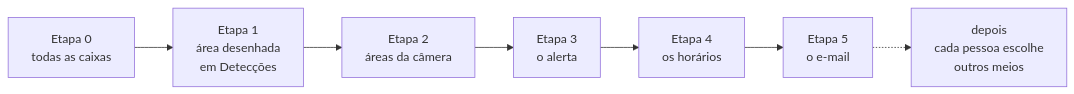
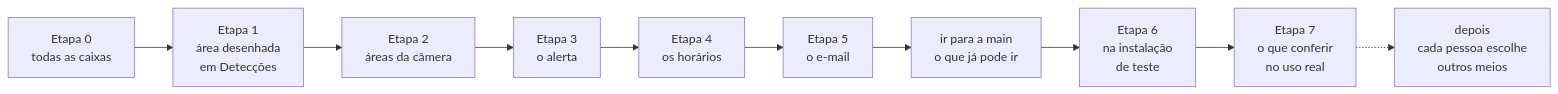
Before and after one commit to mhagnumdw/dwnvr: the diagram in docs/TODO/TODO_areas-e-alertas-de-deteccao.md, drawn with Mermaid. The commit also changed other lines of this file, not shown here.

First line of the commit message:
docs(todo): Etapa 3 fechada, a ida à main e o teste real nas Etapas 6 e 7

````diff
--- a/docs/TODO/TODO_areas-e-alertas-de-deteccao.md
+++ b/docs/TODO/TODO_areas-e-alertas-de-deteccao.md
@@ -133,9 +139,12 @@
 ```mermaid
 flowchart LR
     e0["Etapa 0<br>todas as caixas"] --> e1["Etapa 1<br>área desenhada<br>em Detecções"]
     e1 --> e2["Etapa 2<br>áreas da câmera"]
     e2 --> e3["Etapa 3<br>o alerta"]
     e3 --> e4["Etapa 4<br>os horários"]
     e4 --> e5["Etapa 5<br>o e-mail"]
-    e5 -.-> depois["depois<br>cada pessoa escolhe<br>outros meios"]
+    e5 --> main["ir para a main<br>o que já pode ir"]
+    main --> e6["Etapa 6<br>na instalação<br>de teste"]
+    e6 --> e7["Etapa 7<br>o que conferir<br>no uso real"]
+    e7 -.-> depois["depois<br>cada pessoa escolhe<br>outros meios"]
 ```
````
